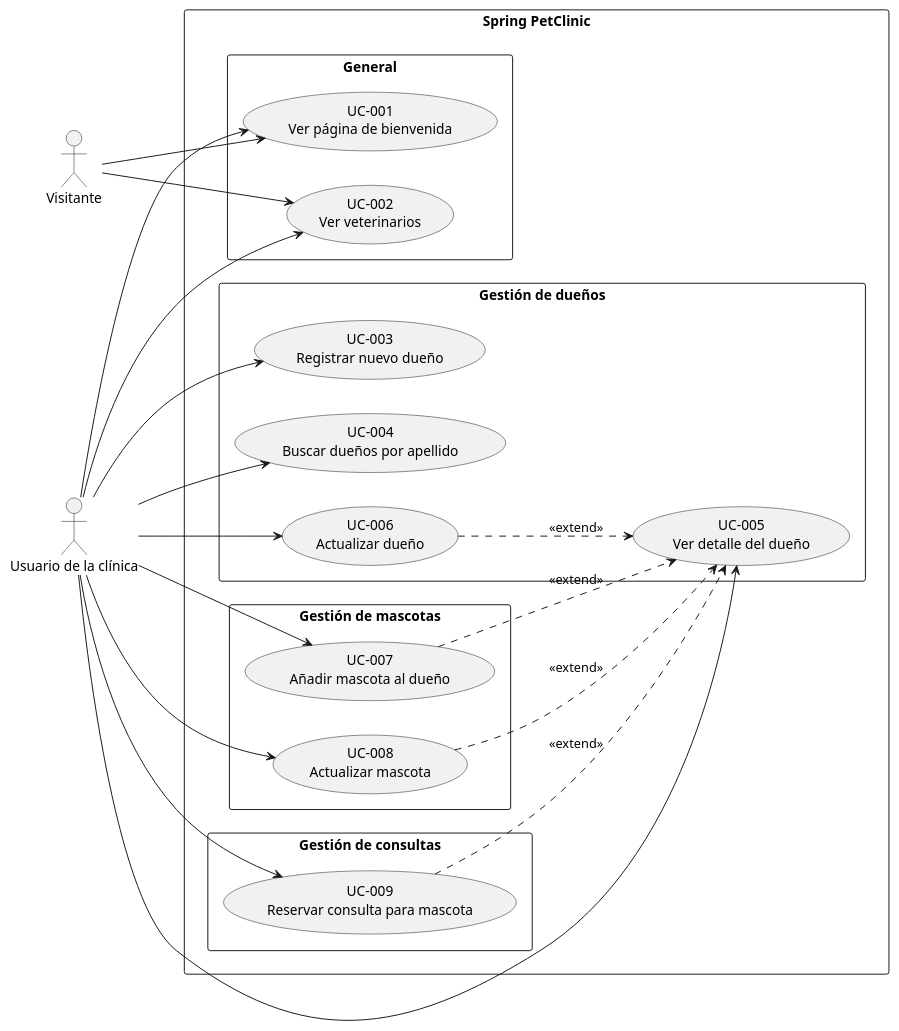
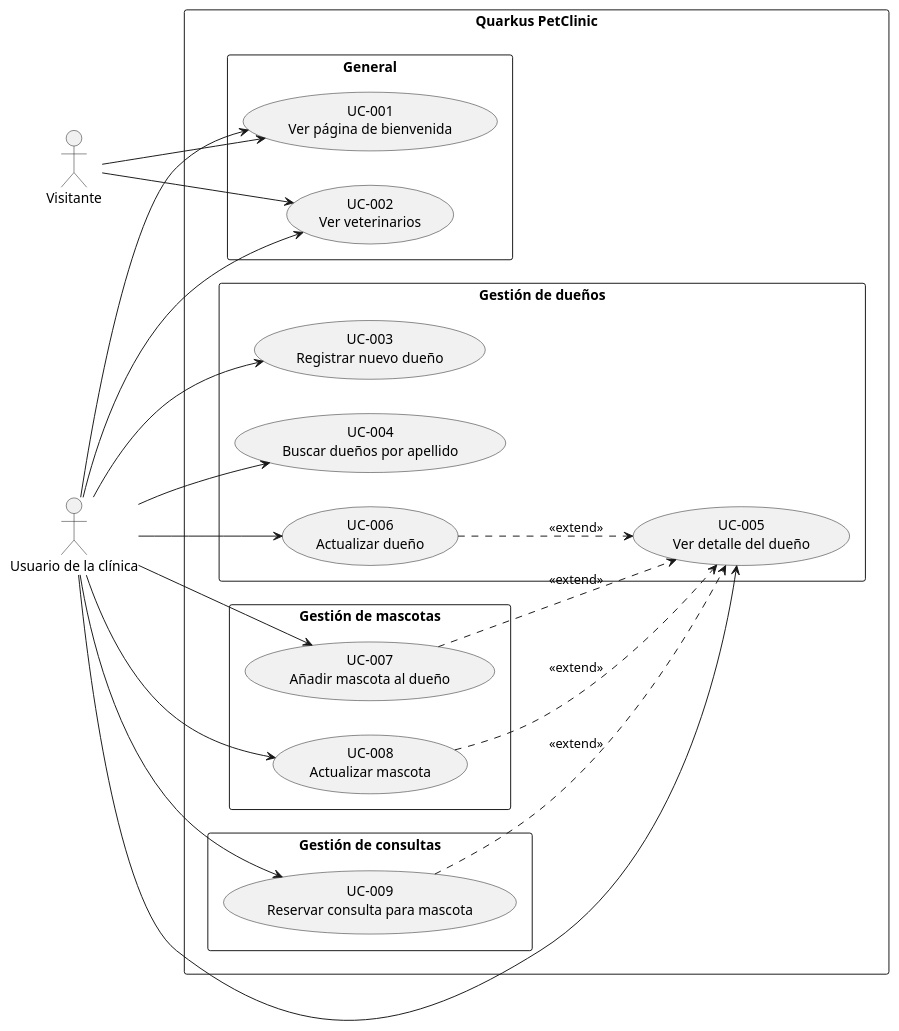
One commit to joedayz/sdd-petclinic changed the diagram in docs/use_cases.puml. Above: the diagram before and after it, drawn with PlantUML. The commit also changed 1 other file, not shown here.

Commit message:
Alinear paquete de pruebas y nombre del sistema en el diagrama.
Renombra el paquete de prueba a pe.joedayz.petclinic y actualiza el diagrama de casos de uso a Quarkus PetClinic.

```diff
--- a/docs/use_cases.puml
+++ b/docs/use_cases.puml
@@ -1,53 +1,53 @@
 @startuml Use Cases Overview
 left to right direction
 skinparam packageStyle rectangle
 
 actor "Visitante" as visitor
 actor "Usuario de la clínica" as user
 
-rectangle "Spring PetClinic" {
+rectangle "Quarkus PetClinic" {
 
     package "General" {
         usecase "UC-001\nVer página de bienvenida" as UC001
         usecase "UC-002\nVer veterinarios" as UC002
     }
 
     package "Gestión de dueños" {
         usecase "UC-003\nRegistrar nuevo dueño" as UC003
         usecase "UC-004\nBuscar dueños por apellido" as UC004
         usecase "UC-005\nVer detalle del dueño" as UC005
         usecase "UC-006\nActualizar dueño" as UC006
     }
 
     package "Gestión de mascotas" {
         usecase "UC-007\nAñadir mascota al dueño" as UC007
         usecase "UC-008\nActualizar mascota" as UC008
     }
 
     package "Gestión de consultas" {
         usecase "UC-009\nReservar consulta para mascota" as UC009
     }
 }
 
 ' Visitante — acceso anónimo, solo lectura
 visitor --> UC001
 visitor --> UC002
 
 ' Usuario de la clínica — hereda acceso de visitante más casos de gestión
 user --> UC001
 user --> UC002
 user --> UC003
 user --> UC004
 user --> UC005
 user --> UC006
 user --> UC007
 user --> UC008
 user --> UC009
 
 ' Relaciones
 UC007 ..> UC005 : <<extend>>
 UC008 ..> UC005 : <<extend>>
 UC009 ..> UC005 : <<extend>>
 UC006 ..> UC005 : <<extend>>
 
 @enduml
```
